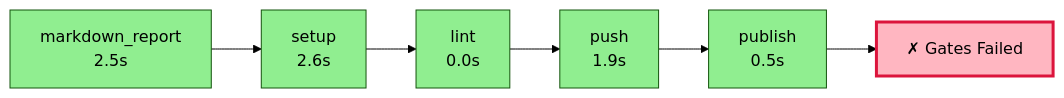
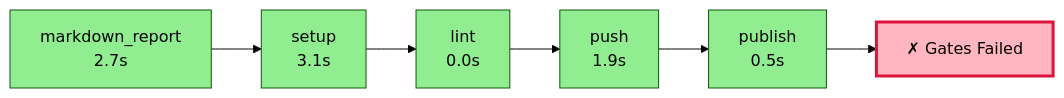
The diagram in .pyqual/report.md (wronai/fixos), drawn with Mermaid (forest theme) before and after one commit. The commit also changed other lines of this file and 2 other files, not shown here.

````diff
--- a/.pyqual/report.md
+++ b/.pyqual/report.md
@@ -10,20 +10,20 @@
 ```mermaid
 flowchart LR
-    S0["markdown_report<br/>2.5s"]
+    S0["markdown_report<br/>2.7s"]
     style S0 fill:#90EE90
-    S1["setup<br/>2.6s"]
+    S1["setup<br/>3.1s"]
     style S1 fill:#90EE90
     S0 --> S1
     S2["lint<br/>0.0s"]
     style S2 fill:#90EE90
     S1 --> S2
     S3["push<br/>1.9s"]
     style S3 fill:#90EE90
     S2 --> S3
     S4["publish<br/>0.5s"]
     style S4 fill:#90EE90
     S3 --> S4
     G["✗ Gates Failed"]
     style G fill:#FFB6C1,stroke:#DC143C,stroke-width:3px
     S4 --> G
 ```
````
